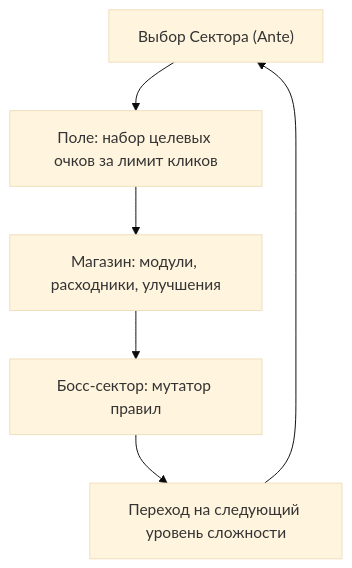
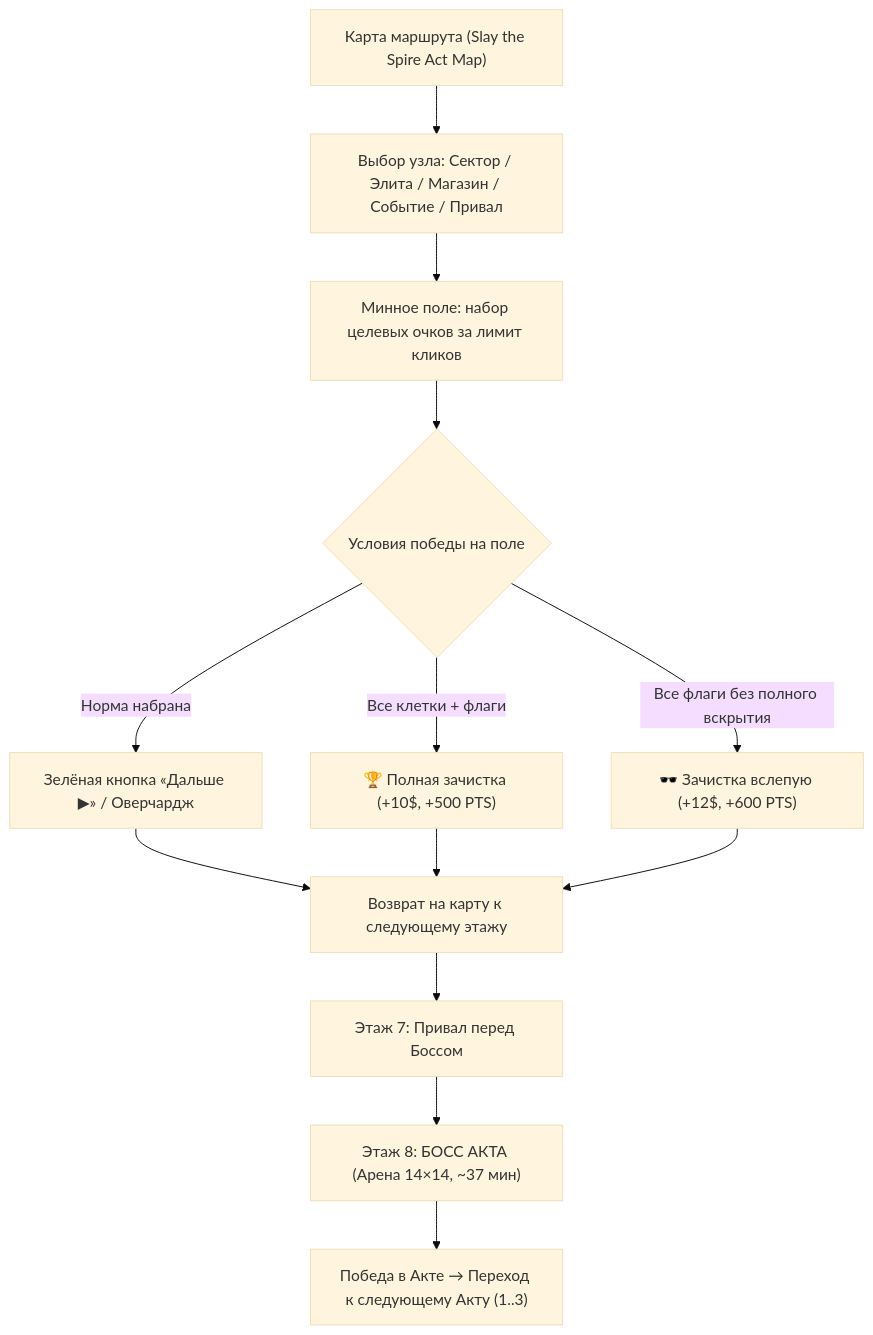
One commit to alexander-topilskii/minesweeperPro changed the diagram in docs/gdd/02-core-loop.md. Above: the diagram before and after it, drawn with Mermaid (base theme). The commit also changed other lines of this file and 6 other files, not shown here.

````diff
--- a/docs/gdd/02-core-loop.md
+++ b/docs/gdd/02-core-loop.md
@@ -3,8 +3,15 @@
 ```mermaid
 flowchart TD
-    A["Выбор Сектора (Ante)"] --> B["Поле: набор целевых очков за лимит кликов"]
-    B --> C["Магазин: модули, расходники, улучшения"]
-    C --> D["Босс-сектор: мутатор правил"]
-    D --> E["Переход на следующий уровень сложности"]
-    E --> A
+    A["Карта маршрута (Slay the Spire Act Map)"] --> B["Выбор узла: Сектор / Элита / Магазин / Событие / Привал"]
+    B --> C["Минное поле: набор целевых очков за лимит кликов"]
+    C --> D{"Условия победы на поле"}
+    D -->|"Норма набрана"| E["Зелёная кнопка «Дальше ▶» / Оверчардж"]
+    D -->|"Все клетки + флаги"| F["🏆 Полная зачистка (+10$, +500 PTS)"]
+    D -->|"Все флаги без полного вскрытия"| G["🕶️ Зачистка вслепую (+12$, +600 PTS)"]
+    E --> H["Возврат на карту к следующему этажу"]
+    F --> H
+    G --> H
+    H --> I["Этаж 7: Привал перед Боссом"]
+    I --> J["Этаж 8: БОСС АКТА (Арена 14×14, ~37 мин)"]
+    J --> K["Победа в Акте → Переход к следующему Акту (1..3)"]
 ```
````
